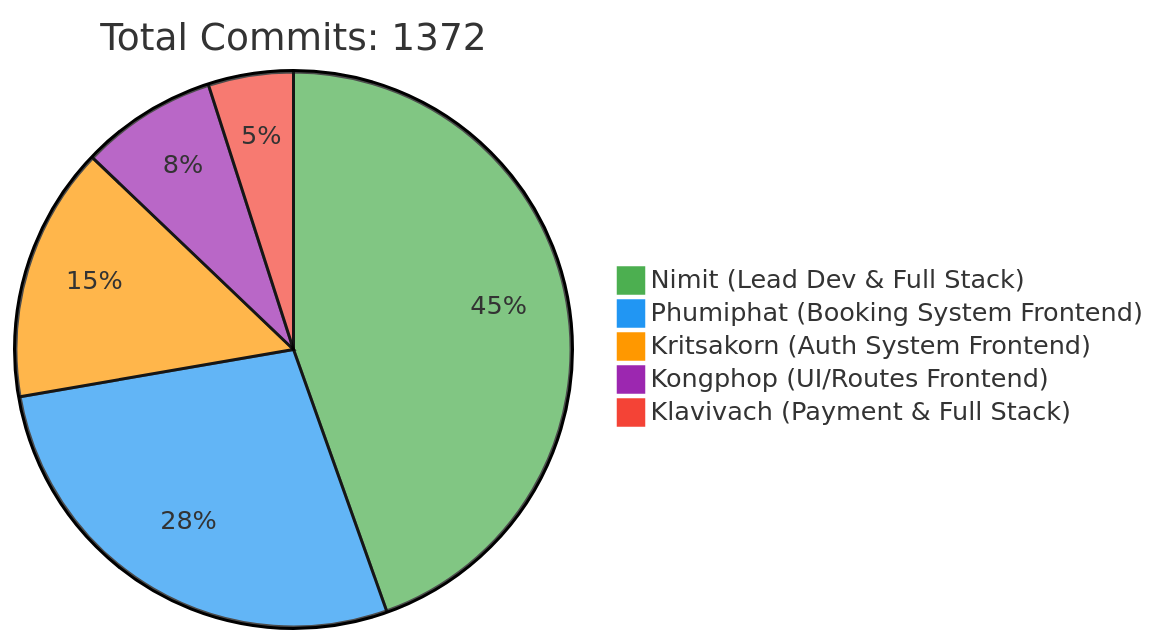
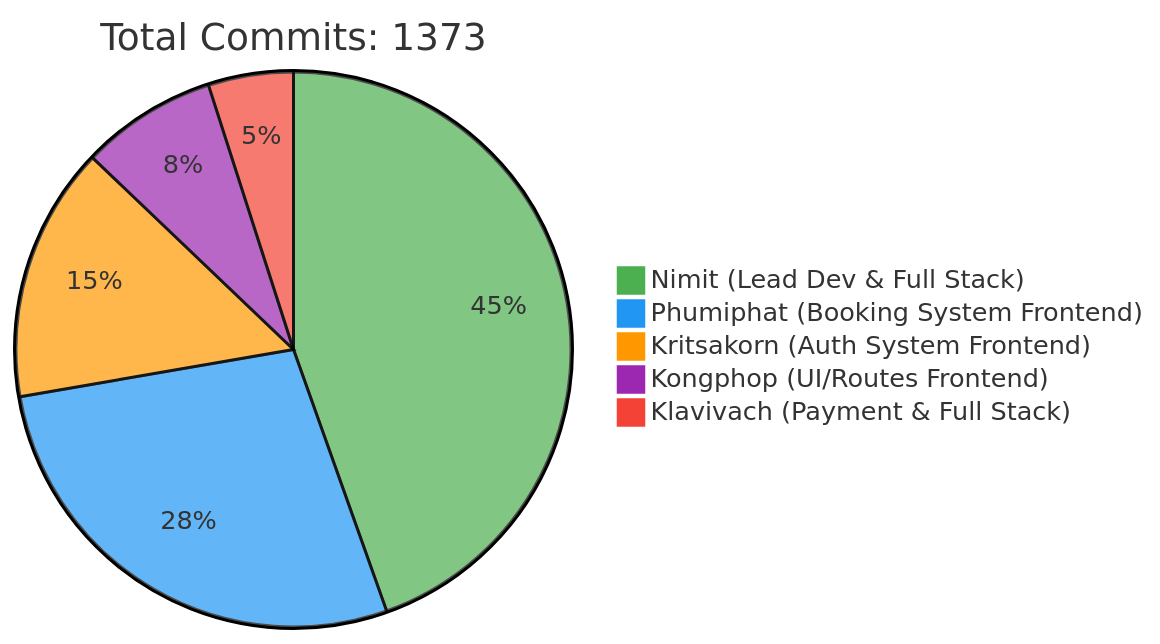
Before and after one commit to 6531503042/Sport-Complex: the first of 2 diagrams in README.md, drawn with Mermaid. The commit also changed other lines of this file, not shown here.

Commit message:
docs: Update contributor statistics [skip ci]

````diff
--- a/README.md
+++ b/README.md
@@ -257,10 +257,10 @@
 ```mermaid
 %%{init: {'theme': 'base', 'themeVariables': { 'pie1': '#4CAF50', 'pie2': '#2196F3', 'pie3': '#FF9800', 'pie4': '#9C27B0', 'pie5': '#F44336'}}}%%
 pie
-    title Total Commits: 1372
+    title Total Commits: 1373
     "Nimit (Lead Dev & Full Stack)" : 450
     "Phumiphat (Booking System Frontend)" : 280
     "Kritsakorn (Auth System Frontend)" : 150
     "Kongphop (UI/Routes Frontend)" : 80
     "Klavivach (Payment & Full Stack)" : 50
 ```
````
